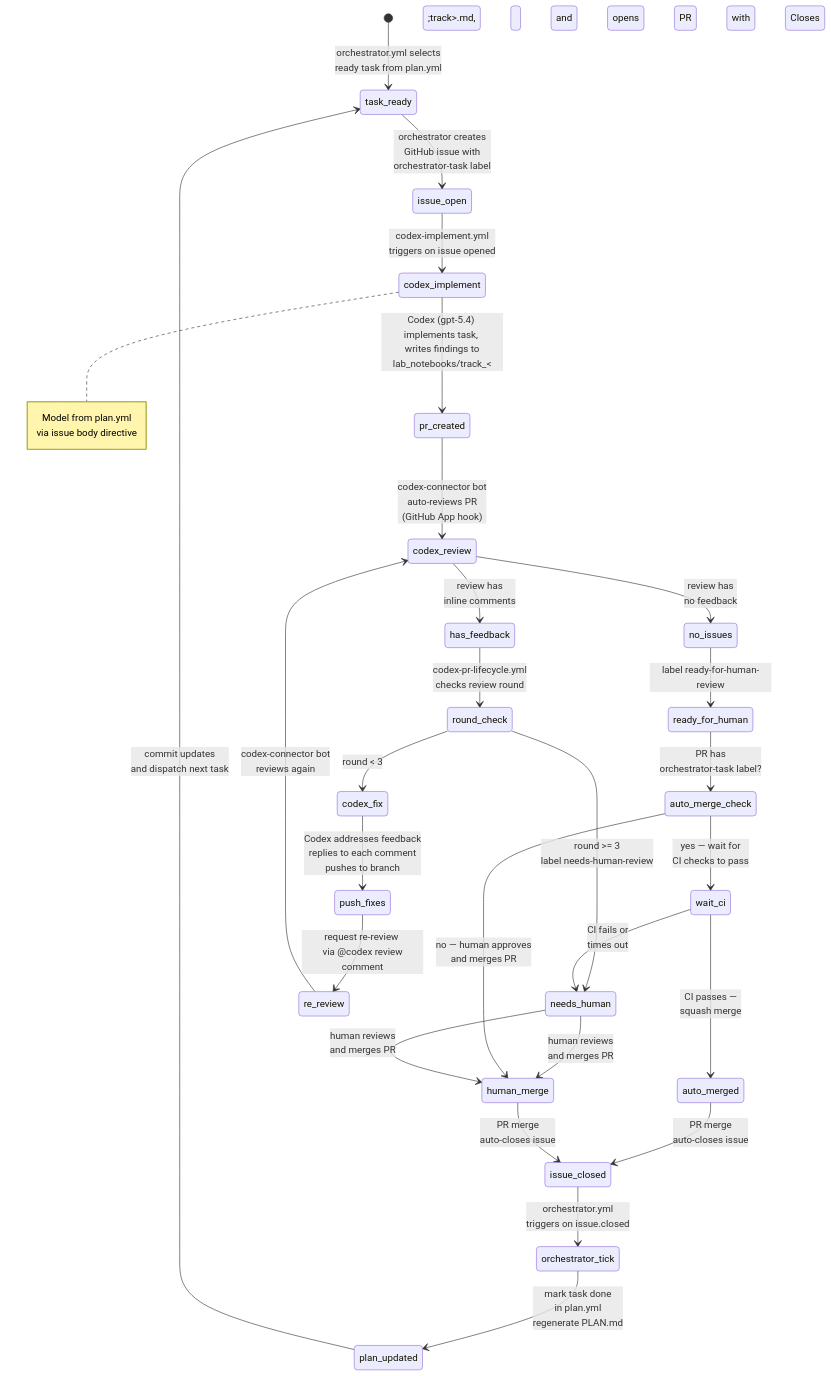
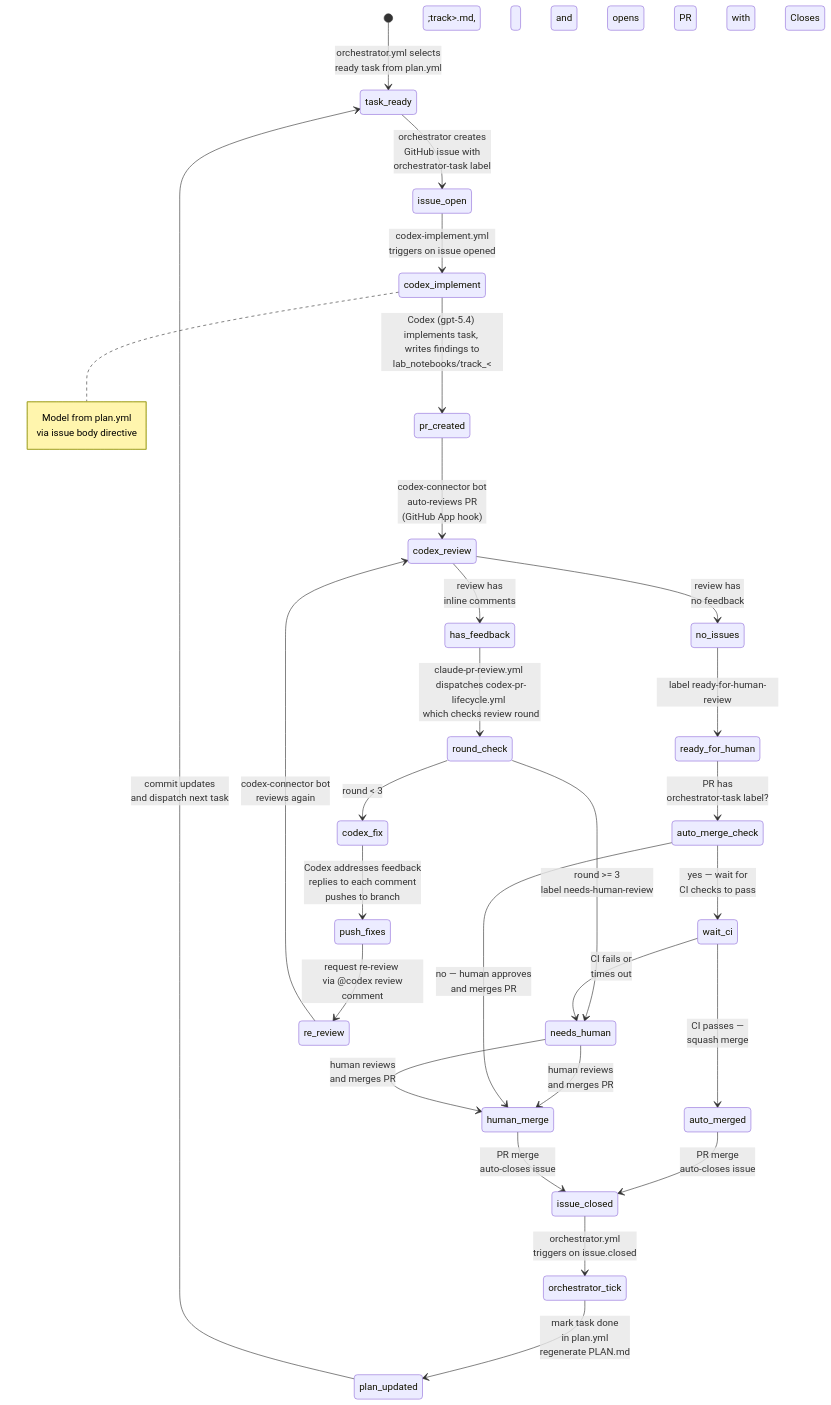
The diagram in lyzortx/orchestration/README.md (LorenaDerezanin/coli_phage_interactions_2023), drawn with Mermaid before and after one commit. The commit also changed other lines of this file and 3 other files, not shown here.

First line of the commit message:
Replace pull_request_review trigger with workflow_dispatch in Codex lifecycle

````diff
--- a/lyzortx/orchestration/README.md
+++ b/lyzortx/orchestration/README.md
@@ -10,52 +10,52 @@
 ```mermaid
 stateDiagram-v2
     [*] --> task_ready : orchestrator.yml selects <br> ready task from plan.yml
 
     task_ready --> issue_open : orchestrator creates <br> GitHub issue with <br> orchestrator-task label
 
     issue_open --> codex_implement : codex-implement.yml <br> triggers on issue opened
 
     codex_implement --> pr_created : Codex (gpt-5.4) implements task, <br> writes findings to lab_notebooks/track_&lt;track&gt;.md, <br> and opens PR with Closes #issue
 
     pr_created --> codex_review : codex-connector bot <br> auto-reviews PR <br> (GitHub App hook)
 
     note right of codex_implement : Model from plan.yml <br> via issue body directive
 
     codex_review --> has_feedback : review has <br> inline comments
     codex_review --> no_issues : review has <br> no feedback
 
-    has_feedback --> round_check : codex-pr-lifecycle.yml <br> checks review round
+    has_feedback --> round_check : claude-pr-review.yml <br> dispatches codex-pr-lifecycle.yml <br> which checks review round
 
     round_check --> codex_fix : round < 3
     round_check --> needs_human : round >= 3 <br> label needs-human-review
 
     codex_fix --> push_fixes : Codex addresses feedback <br> replies to each comment <br> pushes to branch
 
     push_fixes --> re_review : request re-review <br> via @codex review comment
 
     re_review --> codex_review : codex-connector bot <br> reviews again
 
     needs_human --> human_merge : human reviews <br> and merges PR
 
     no_issues --> ready_for_human : label ready-for-human-review
 
     ready_for_human --> auto_merge_check : PR has <br> orchestrator-task label?
 
     auto_merge_check --> wait_ci : yes — wait for <br> CI checks to pass
     auto_merge_check --> human_merge : no — human approves <br> and merges PR
 
     wait_ci --> auto_merged : CI passes — <br> squash merge
     wait_ci --> needs_human : CI fails or <br> times out
 
     needs_human --> human_merge : human reviews <br> and merges PR
 
     auto_merged --> issue_closed : PR merge <br> auto-closes issue
 
     human_merge --> issue_closed : PR merge <br> auto-closes issue
 
     issue_closed --> orchestrator_tick : orchestrator.yml <br> triggers on issue.closed
 
     orchestrator_tick --> plan_updated : mark task done <br> in plan.yml <br> regenerate PLAN.md
 
     plan_updated --> task_ready : commit updates <br> and dispatch next task
 ```
````
